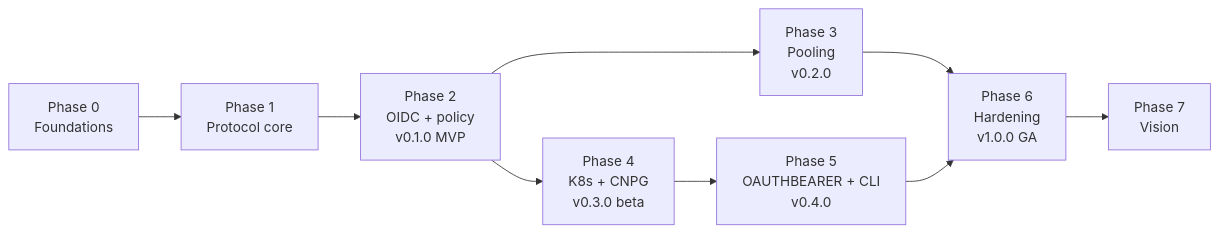
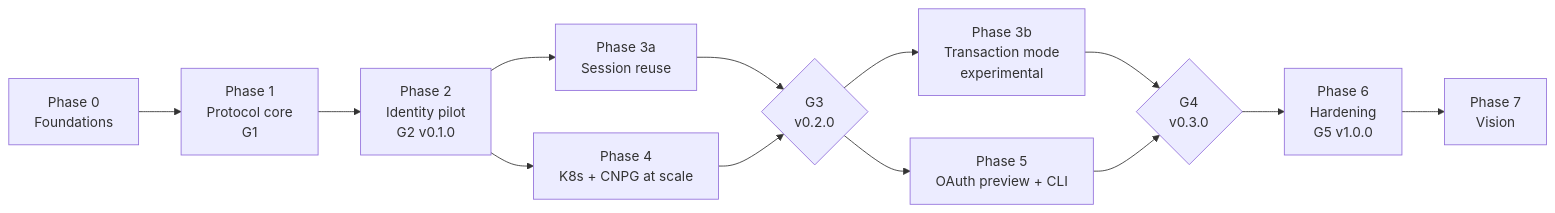
One commit to egkristi/pgbearer changed the diagram in PLAN.md. Above: the diagram before and after it, drawn with Mermaid. The commit also changed other lines of this file, not shown here.

First line of the commit message:
Re-sequence the plan around evidence gates after the design audit

````diff
--- a/PLAN.md
+++ b/PLAN.md
@@ -116,11 +140,15 @@
 ```mermaid
 flowchart LR
-    P0[Phase 0<br/>Foundations] --> P1[Phase 1<br/>Protocol core]
-    P1 --> P2[Phase 2<br/>OIDC + policy<br/>v0.1.0 MVP]
-    P2 --> P3[Phase 3<br/>Pooling<br/>v0.2.0]
-    P2 --> P4[Phase 4<br/>K8s + CNPG<br/>v0.3.0 beta]
-    P3 --> P6
-    P4 --> P5[Phase 5<br/>OAUTHBEARER + CLI<br/>v0.4.0]
-    P5 --> P6[Phase 6<br/>Hardening<br/>v1.0.0 GA]
+    P0[Phase 0<br/>Foundations] --> P1[Phase 1<br/>Protocol core<br/>G1]
+    P1 --> P2[Phase 2<br/>Identity pilot<br/>G2 v0.1.0]
+    P2 --> P3a[Phase 3a<br/>Session reuse]
+    P2 --> P4[Phase 4<br/>K8s + CNPG at scale]
+    P3a --> G3{G3<br/>v0.2.0}
+    P4 --> G3
+    G3 --> P3b[Phase 3b<br/>Transaction mode<br/>experimental]
+    G3 --> P5[Phase 5<br/>OAuth preview + CLI]
+    P3b --> G4{G4<br/>v0.3.0}
+    P5 --> G4
+    G4 --> P6[Phase 6<br/>Hardening<br/>G5 v1.0.0]
     P6 --> P7[Phase 7<br/>Vision]
 ```
````
